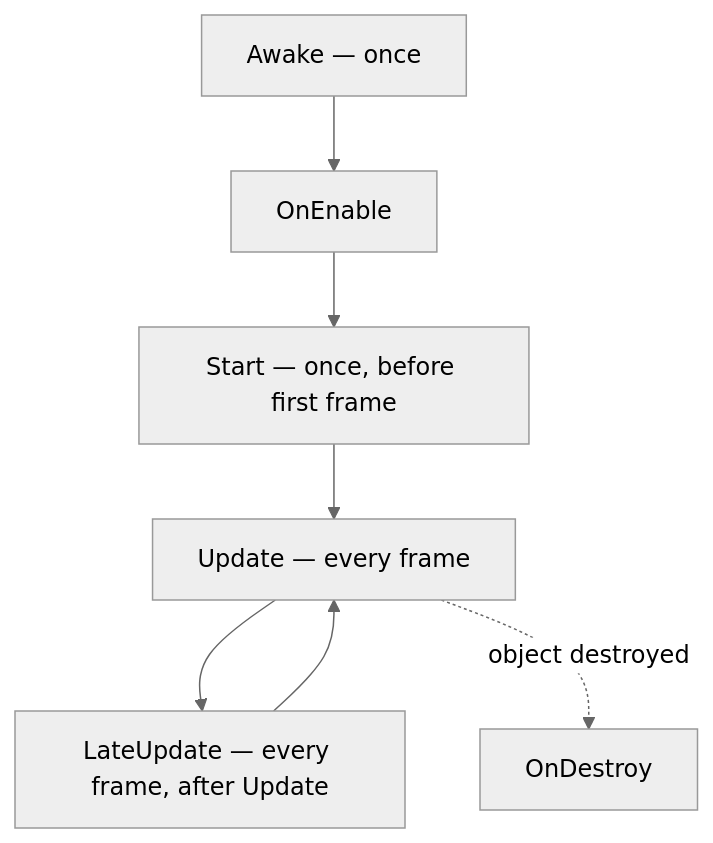
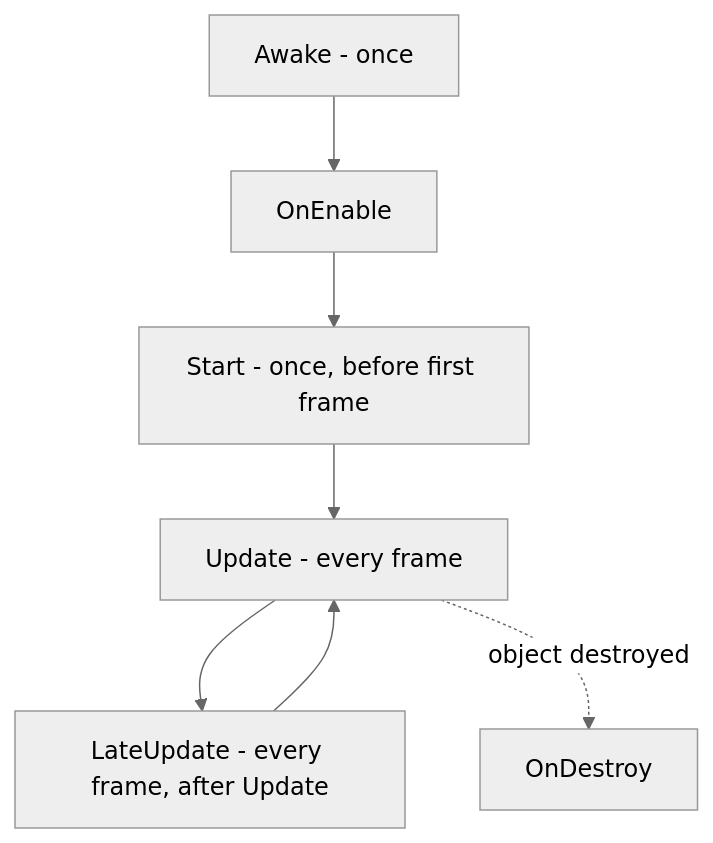
The diagram in guides/frameworks/unity-from-zero/04-monobehaviour-and-the-game-loop.md (Topurrra/themissingmanual), drawn with Mermaid (neutral theme) before and after one commit. The commit also changed other lines of this file and 1072 other files, not shown here.

````diff
--- a/guides/frameworks/unity-from-zero/04-monobehaviour-and-the-game-loop.md
+++ b/guides/frameworks/unity-from-zero/04-monobehaviour-and-the-game-loop.md
@@ -55,9 +55,9 @@
 ```mermaid
 flowchart TD
-  A[Awake — once] --> B[OnEnable]
-  B --> C[Start — once, before first frame]
-  C --> D[Update — every frame]
-  D --> E[LateUpdate — every frame, after Update]
+  A[Awake - once] --> B[OnEnable]
+  B --> C[Start - once, before first frame]
+  C --> D[Update - every frame]
+  D --> E[LateUpdate - every frame, after Update]
   E --> D
   D -. object destroyed .-> F[OnDestroy]
 ```
````
